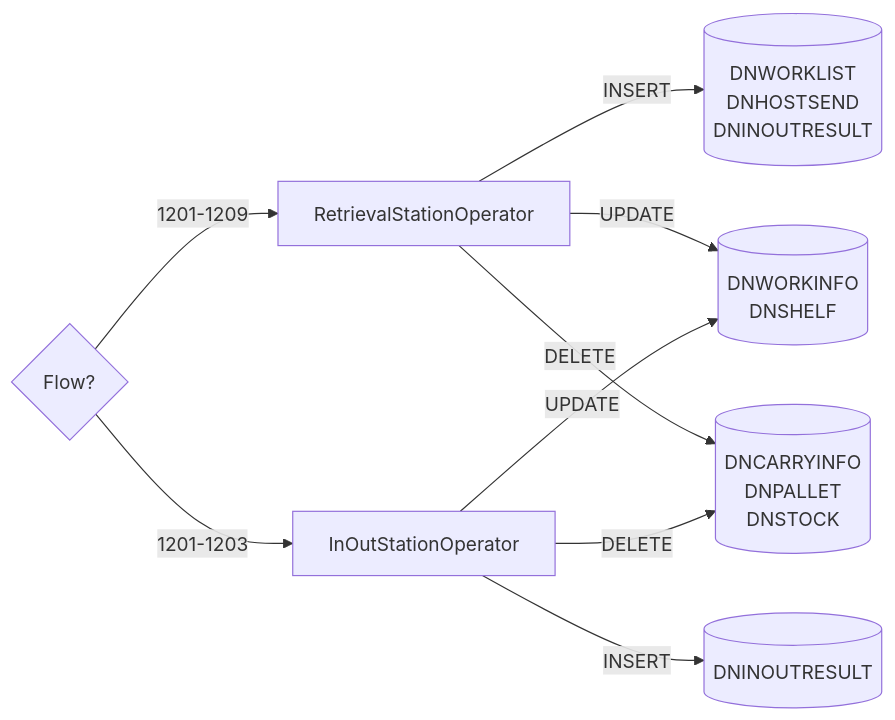
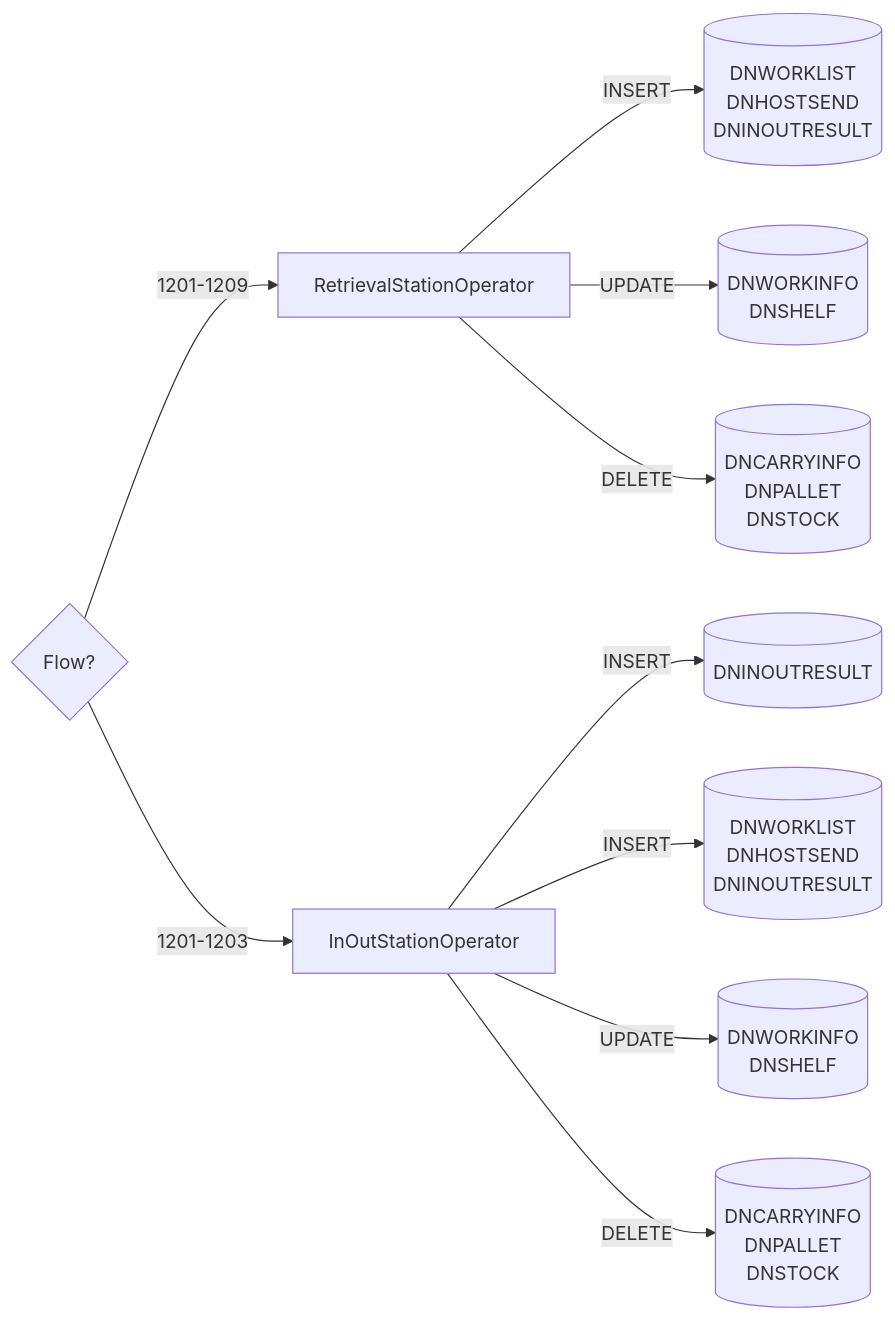
Before and after one commit to luthfiadityaa/SimeDarby-Wiki: diagram 20 of 20 in Basic-Design/DFD-WMS/Retrieval/Specific-Location-Retrieval-Setting.md, drawn with Mermaid.

Commit message:
Updated Specific Location Retrieval Setting

```diff
--- a/Basic-Design/DFD-WMS/Retrieval/Specific-Location-Retrieval-Setting.md
+++ b/Basic-Design/DFD-WMS/Retrieval/Specific-Location-Retrieval-Setting.md
@@ -853,34 +853,52 @@
 ::: mermaid
 flowchart LR
 
 id26-update[("
 DNWORKINFO
 DNSHELF
 ")]
 
 id26-delete[("
 DNCARRYINFO
 DNPALLET
 DNSTOCK
 ")]
 
 id26-insert[("
 DNWORKLIST
 DNHOSTSEND
 DNINOUTRESULT
 ")]
 
+id26-update2[("
+DNWORKINFO
+DNSHELF
+")]
+
+id26-delete2[("
+DNCARRYINFO
+DNPALLET
+DNSTOCK
+")]
+
+id26-insert3[("
+DNWORKLIST
+DNHOSTSEND
+DNINOUTRESULT
+")]
+
 id26-insert2[("
 DNINOUTRESULT
 ")]
 
 Cond1{Flow?} --> |1201-1209| RetrievalStationOperator
 Cond1{Flow?} --> |1201-1203| InOutStationOperator
 
 RetrievalStationOperator--> |INSERT| id26-insert
 RetrievalStationOperator--> |UPDATE| id26-update
 RetrievalStationOperator--> |DELETE| id26-delete
 InOutStationOperator--> |INSERT| id26-insert2
-InOutStationOperator--> |UPDATE| id26-update
-InOutStationOperator--> |DELETE| id26-delete
+InOutStationOperator--> |INSERT| id26-insert3
+InOutStationOperator--> |UPDATE| id26-update2
+InOutStationOperator--> |DELETE| id26-delete2
 :::
```
